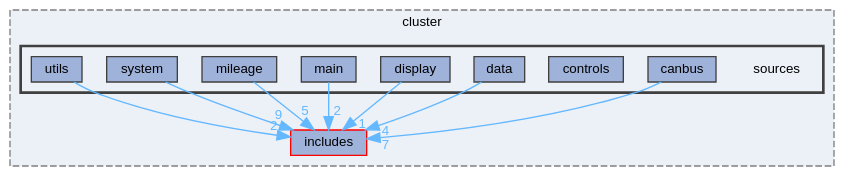
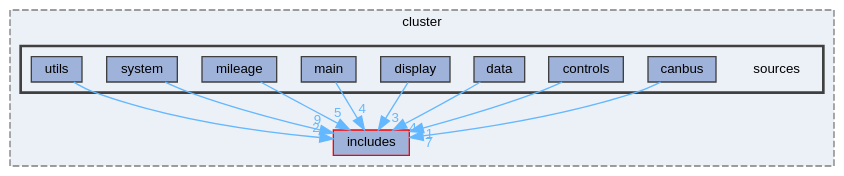
The diagram in docs/docs/dir_e8585d75386710cc6ee08c6bbe2706b6_dep.dot (SEAME-pt/2024-2025-HotWheels), drawn with Graphviz before and after one commit. The commit also changed 812 other files, not shown here.

```diff
--- a/docs/docs/dir_e8585d75386710cc6ee08c6bbe2706b6_dep.dot
+++ b/docs/docs/dir_e8585d75386710cc6ee08c6bbe2706b6_dep.dot
@@ -1,31 +1,32 @@
 digraph "apps/cluster/sources"
 {
  // LATEX_PDF_SIZE
   bgcolor="transparent";
   edge [fontname=Helvetica,fontsize=10,labelfontname=Helvetica,labelfontsize=10];
   node [fontname=Helvetica,fontsize=10,shape=box,height=0.2,width=0.4];
   compound=true
   subgraph clusterdir_3fc8f51dd17eafa9e714d9ca93022f96 {
     graph [ bgcolor="#ecf0f7", pencolor="grey50", label="cluster", fontname=Helvetica,fontsize=10 style="filled,dashed", URL="dir_3fc8f51dd17eafa9e714d9ca93022f96.html",tooltip=""]
   dir_2a4f0eb436765d0e1bfbb2d23c4680c4 [label="includes", fillcolor="#9fb2da", color="red", style="filled", URL="dir_2a4f0eb436765d0e1bfbb2d23c4680c4.html",tooltip=""];
   subgraph clusterdir_e8585d75386710cc6ee08c6bbe2706b6 {
     graph [ bgcolor="#ecf0f7", pencolor="grey25", label="", fontname=Helvetica,fontsize=10 style="filled,bold", URL="dir_e8585d75386710cc6ee08c6bbe2706b6.html",tooltip=""]
     dir_e8585d75386710cc6ee08c6bbe2706b6 [shape=plaintext, label="sources"];
   dir_1eaabe201dc6a0993d649c24cef9b974 [label="canbus", fillcolor="#9fb2da", color="grey25", style="filled", URL="dir_1eaabe201dc6a0993d649c24cef9b974.html",tooltip=""];
   dir_0d26736eec43091ec877c6d90a8af82e [label="controls", fillcolor="#9fb2da", color="grey25", style="filled", URL="dir_0d26736eec43091ec877c6d90a8af82e.html",tooltip=""];
   dir_b9e2b4c4c3bb5f06329c7d00fb0adc22 [label="data", fillcolor="#9fb2da", color="grey25", style="filled", URL="dir_b9e2b4c4c3bb5f06329c7d00fb0adc22.html",tooltip=""];
   dir_5f03699573666897646a9f8ebf538722 [label="display", fillcolor="#9fb2da", color="grey25", style="filled", URL="dir_5f03699573666897646a9f8ebf538722.html",tooltip=""];
   dir_ff795ad2fd8535d2cb208d5e57d37ae2 [label="main", fillcolor="#9fb2da", color="grey25", style="filled", URL="dir_ff795ad2fd8535d2cb208d5e57d37ae2.html",tooltip=""];
   dir_89343fdf512f5bc974cce32a1894f39f [label="mileage", fillcolor="#9fb2da", color="grey25", style="filled", URL="dir_89343fdf512f5bc974cce32a1894f39f.html",tooltip=""];
   dir_386af7c97f1c16ec6d0f3ce787cc94cb [label="system", fillcolor="#9fb2da", color="grey25", style="filled", URL="dir_386af7c97f1c16ec6d0f3ce787cc94cb.html",tooltip=""];
   dir_d3a8d72922a08b715bc86c1d4d4f1ec9 [label="utils", fillcolor="#9fb2da", color="grey25", style="filled", URL="dir_d3a8d72922a08b715bc86c1d4d4f1ec9.html",tooltip=""];
   }
   }
-  dir_1eaabe201dc6a0993d649c24cef9b974->dir_2a4f0eb436765d0e1bfbb2d23c4680c4 [headlabel="7", labeldistance=1.5 headhref="dir_000005_000017.html" href="dir_000005_000017.html" color="steelblue1" fontcolor="steelblue1"];
-  dir_b9e2b4c4c3bb5f06329c7d00fb0adc22->dir_2a4f0eb436765d0e1bfbb2d23c4680c4 [headlabel="4", labeldistance=1.5 headhref="dir_000012_000017.html" href="dir_000012_000017.html" color="steelblue1" fontcolor="steelblue1"];
-  dir_5f03699573666897646a9f8ebf538722->dir_2a4f0eb436765d0e1bfbb2d23c4680c4 [headlabel="1", labeldistance=1.5 headhref="dir_000014_000017.html" href="dir_000014_000017.html" color="steelblue1" fontcolor="steelblue1"];
-  dir_ff795ad2fd8535d2cb208d5e57d37ae2->dir_2a4f0eb436765d0e1bfbb2d23c4680c4 [headlabel="2", labeldistance=1.5 headhref="dir_000020_000017.html" href="dir_000020_000017.html" color="steelblue1" fontcolor="steelblue1"];
-  dir_89343fdf512f5bc974cce32a1894f39f->dir_2a4f0eb436765d0e1bfbb2d23c4680c4 [headlabel="5", labeldistance=1.5 headhref="dir_000023_000017.html" href="dir_000023_000017.html" color="steelblue1" fontcolor="steelblue1"];
-  dir_386af7c97f1c16ec6d0f3ce787cc94cb->dir_2a4f0eb436765d0e1bfbb2d23c4680c4 [headlabel="9", labeldistance=1.5 headhref="dir_000030_000017.html" href="dir_000030_000017.html" color="steelblue1" fontcolor="steelblue1"];
-  dir_d3a8d72922a08b715bc86c1d4d4f1ec9->dir_2a4f0eb436765d0e1bfbb2d23c4680c4 [headlabel="2", labeldistance=1.5 headhref="dir_000035_000017.html" href="dir_000035_000017.html" color="steelblue1" fontcolor="steelblue1"];
+  dir_1eaabe201dc6a0993d649c24cef9b974->dir_2a4f0eb436765d0e1bfbb2d23c4680c4 [headlabel="7", labeldistance=1.5 headhref="dir_000005_000023.html" href="dir_000005_000023.html" color="steelblue1" fontcolor="steelblue1"];
+  dir_0d26736eec43091ec877c6d90a8af82e->dir_2a4f0eb436765d0e1bfbb2d23c4680c4 [headlabel="1", labeldistance=1.5 headhref="dir_000009_000023.html" href="dir_000009_000023.html" color="steelblue1" fontcolor="steelblue1"];
+  dir_b9e2b4c4c3bb5f06329c7d00fb0adc22->dir_2a4f0eb436765d0e1bfbb2d23c4680c4 [headlabel="4", labeldistance=1.5 headhref="dir_000012_000023.html" href="dir_000012_000023.html" color="steelblue1" fontcolor="steelblue1"];
+  dir_5f03699573666897646a9f8ebf538722->dir_2a4f0eb436765d0e1bfbb2d23c4680c4 [headlabel="3", labeldistance=1.5 headhref="dir_000014_000023.html" href="dir_000014_000023.html" color="steelblue1" fontcolor="steelblue1"];
+  dir_ff795ad2fd8535d2cb208d5e57d37ae2->dir_2a4f0eb436765d0e1bfbb2d23c4680c4 [headlabel="4", labeldistance=1.5 headhref="dir_000028_000023.html" href="dir_000028_000023.html" color="steelblue1" fontcolor="steelblue1"];
+  dir_89343fdf512f5bc974cce32a1894f39f->dir_2a4f0eb436765d0e1bfbb2d23c4680c4 [headlabel="5", labeldistance=1.5 headhref="dir_000031_000023.html" href="dir_000031_000023.html" color="steelblue1" fontcolor="steelblue1"];
+  dir_386af7c97f1c16ec6d0f3ce787cc94cb->dir_2a4f0eb436765d0e1bfbb2d23c4680c4 [headlabel="9", labeldistance=1.5 headhref="dir_000041_000023.html" href="dir_000041_000023.html" color="steelblue1" fontcolor="steelblue1"];
+  dir_d3a8d72922a08b715bc86c1d4d4f1ec9->dir_2a4f0eb436765d0e1bfbb2d23c4680c4 [headlabel="2", labeldistance=1.5 headhref="dir_000046_000023.html" href="dir_000046_000023.html" color="steelblue1" fontcolor="steelblue1"];
 }
```
